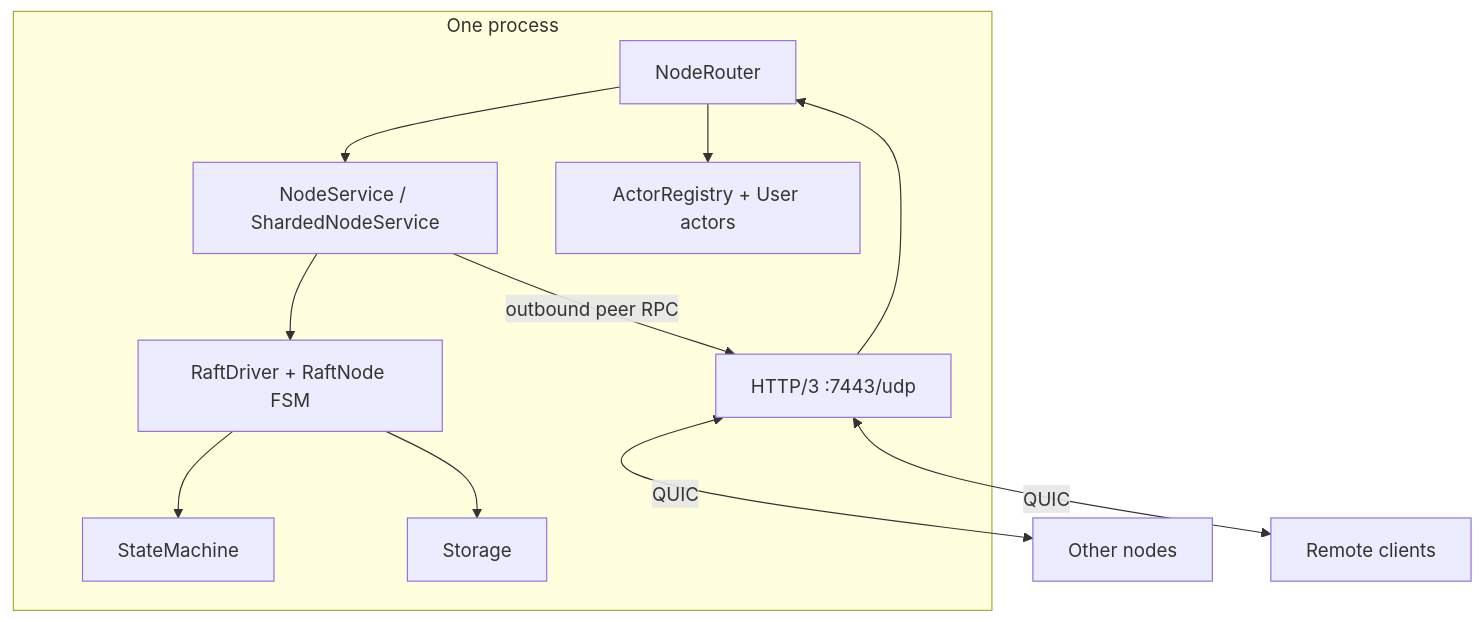
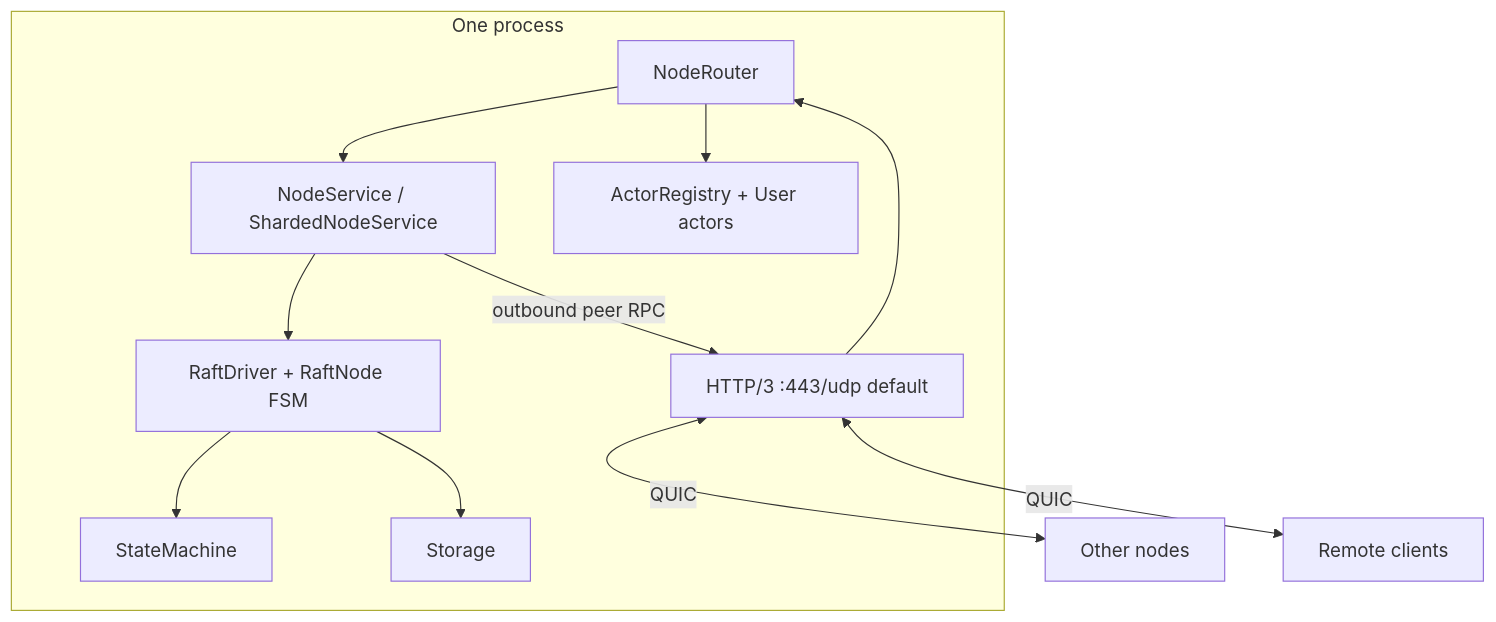
One commit to lemarco/craft changed the first of 2 diagrams in docs/architecture.md. Above: the diagram before and after it, drawn with Mermaid. The commit also changed other lines of this file and 32 other files, not shown here.

````diff
--- a/docs/architecture.md
+++ b/docs/architecture.md
@@ -68,23 +68,23 @@
 ```mermaid
 flowchart TB
     subgraph Node["One process"]
         NR[NodeRouter]
         NS[NodeService / ShardedNodeService]
         RD[RaftDriver + RaftNode FSM]
         SM[StateMachine]
         ST[Storage]
-        H3[HTTP/3 :7443/udp]
+        H3[HTTP/3 :443/udp default]
         AR[ActorRegistry + User actors]
 
         H3 --> NR
         NR --> NS
         NR --> AR
         NS --> RD
         RD --> SM
         RD --> ST
         NS -->|outbound peer RPC| H3
     end
 
     H3 <-->|QUIC| Peers[Other nodes]
     H3 <-->|QUIC| Clients[Remote clients]
 ```
````
